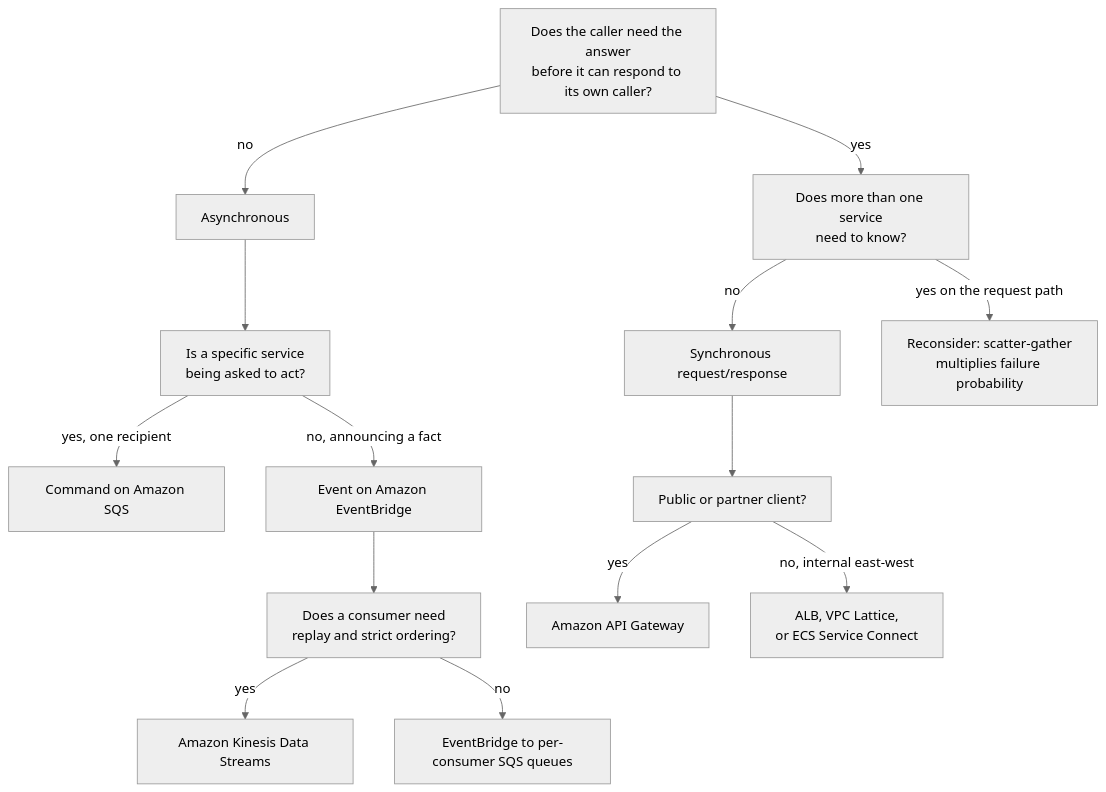
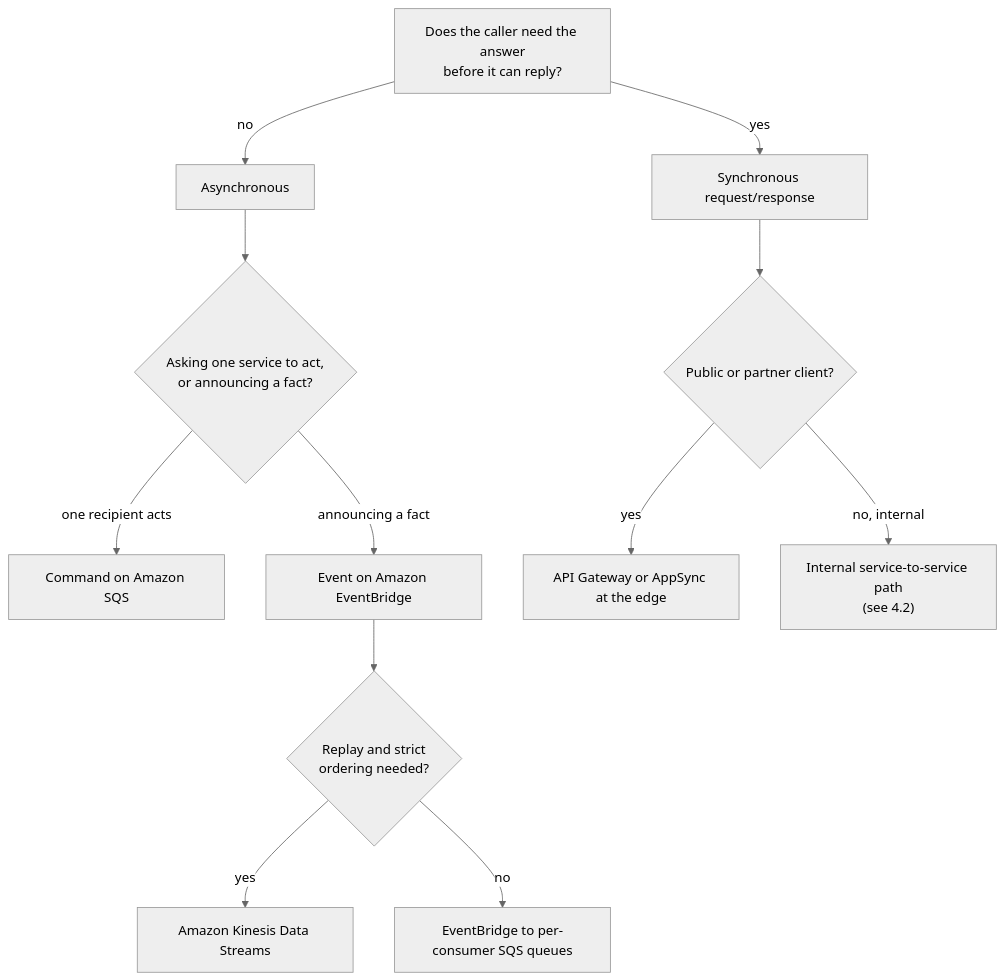
One commit to norbutlepcha25/dso303 changed the second of 6 diagrams in docs/unit4/topic1.md. Above: the diagram before and after it, drawn with Mermaid (neutral theme). The commit also changed other lines of this file and 12 other files, not shown here.

````diff
--- a/docs/unit4/topic1.md
+++ b/docs/unit4/topic1.md
@@ -225,16 +188,14 @@
 ```mermaid
 flowchart TD
-    A["Does the caller need the answer<br/>before it can respond to its own caller?"] -->|"no"| B["Asynchronous"]
-    A -->|"yes"| C["Does more than one service<br/>need to know?"]
-    C -->|"no"| D["Synchronous request/response"]
-    C -->|"yes on the request path"| E["Reconsider: scatter-gather<br/>multiplies failure probability"]
-    B --> F["Is a specific service<br/>being asked to act?"]
-    F -->|"yes, one recipient"| G["Command on Amazon SQS"]
-    F -->|"no, announcing a fact"| H["Event on Amazon EventBridge"]
-    D --> I["Public or partner client?"]
-    I -->|"yes"| J["Amazon API Gateway"]
-    I -->|"no, internal east-west"| K["ALB, VPC Lattice,<br/>or ECS Service Connect"]
-    H --> L["Does a consumer need<br/>replay and strict ordering?"]
+    A["Does the caller need the answer<br/>before it can reply?"] -->|"no"| B["Asynchronous"]
+    A -->|"yes"| D["Synchronous request/response"]
+    B --> F{"Asking one service to act,<br/>or announcing a fact?"}
+    F -->|"one recipient acts"| G["Command on Amazon SQS"]
+    F -->|"announcing a fact"| H["Event on Amazon EventBridge"]
+    H --> L{"Replay and strict<br/>ordering needed?"}
     L -->|"yes"| M["Amazon Kinesis Data Streams"]
     L -->|"no"| N["EventBridge to per-consumer SQS queues"]
+    D --> I{"Public or partner client?"}
+    I -->|"yes"| J["API Gateway or AppSync at the edge"]
+    I -->|"no, internal"| K["Internal service-to-service path<br/>(see 4.2)"]
 ```
````
